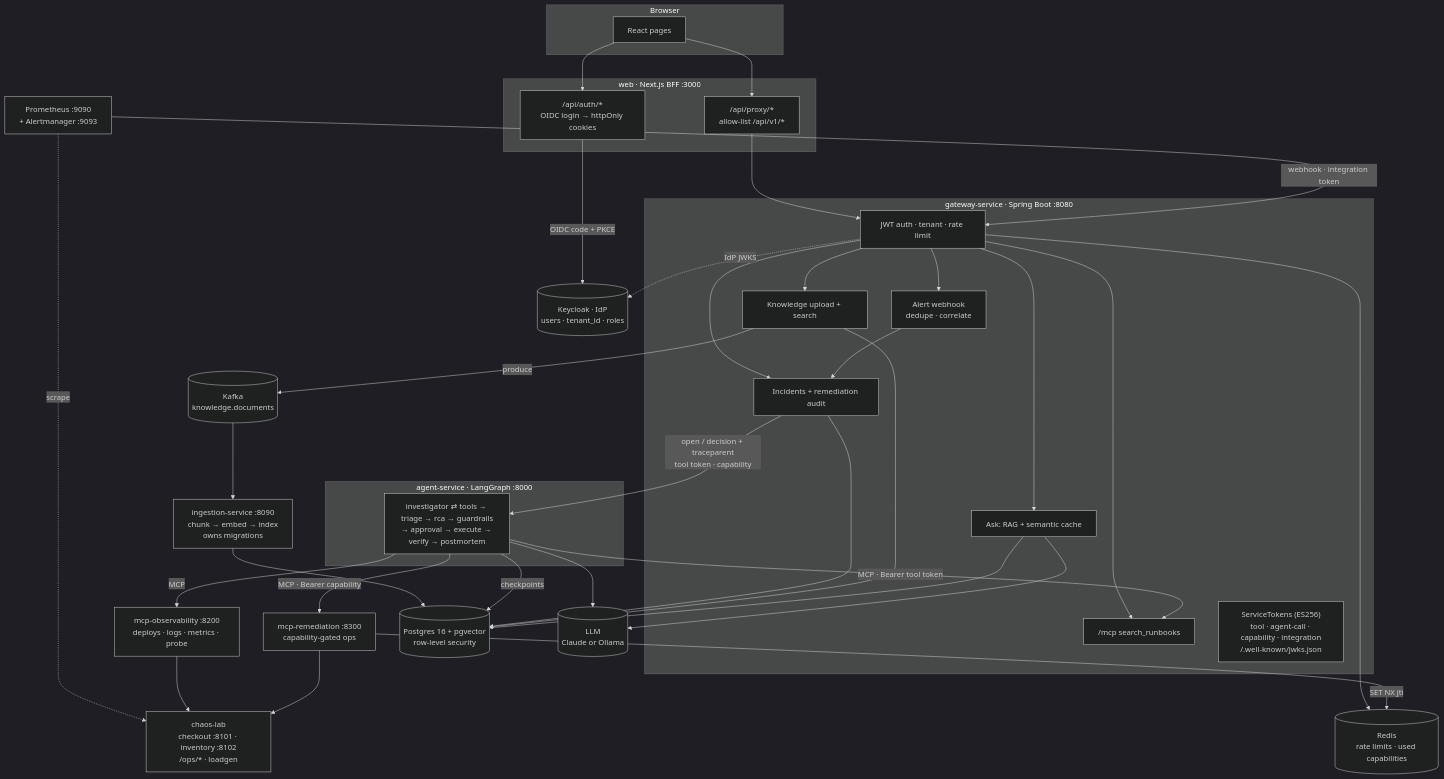
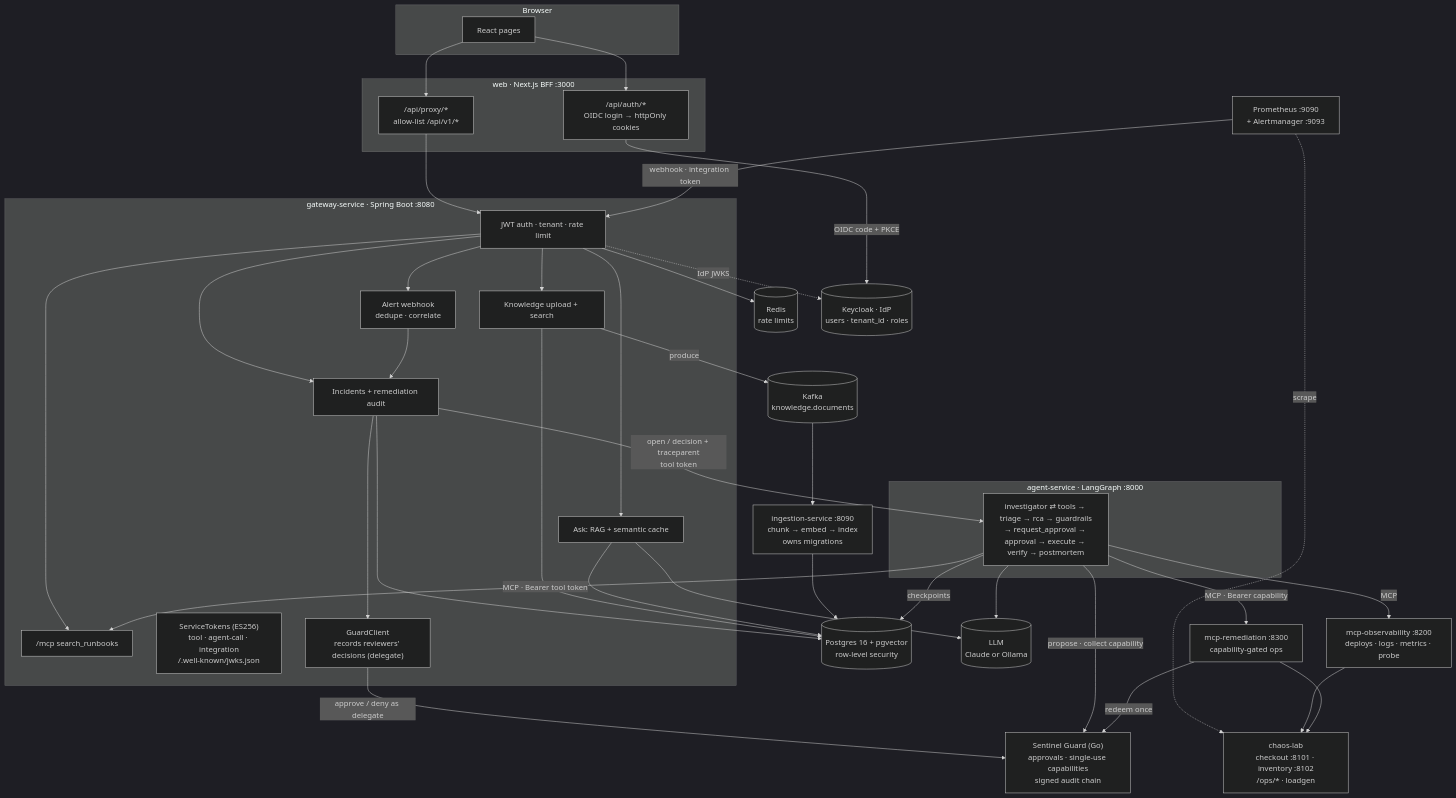
Before and after one commit to abdulmdev/sentinel-incident-copilot: the diagram in docs/handbook/diagrams/02-containers.mmd, drawn with Mermaid (dark theme). The commit also changed 173 other files, not shown here.

First line of the commit message:
The copilot on Sentinel Guard: one approval and capability path

```diff
--- a/docs/handbook/diagrams/02-containers.mmd
+++ b/docs/handbook/diagrams/02-containers.mmd
@@ -1,51 +1,55 @@
 flowchart TB
   subgraph browser[Browser]
     UI[React pages]
   end
   subgraph web["web · Next.js BFF :3000"]
     SESS["/api/auth/*<br/>OIDC login → httpOnly cookies"]
     PROXY["/api/proxy/*<br/>allow-list /api/v1/*"]
   end
   subgraph gw["gateway-service · Spring Boot :8080"]
     SEC[JWT auth · tenant · rate limit]
     INC[Incidents + remediation audit]
     ALR["Alert webhook<br/>dedupe · correlate"]
     KN[Knowledge upload + search]
     ASK[Ask: RAG + semantic cache]
     MCPK["/mcp search_runbooks"]
-    TT["ServiceTokens (ES256)<br/>tool · agent-call · capability · integration<br/>/.well-known/jwks.json"]
+    TT["ServiceTokens (ES256)<br/>tool · agent-call · integration<br/>/.well-known/jwks.json"]
+    GC["GuardClient<br/>records reviewers' decisions (delegate)"]
   end
   subgraph ag["agent-service · LangGraph :8000"]
-    G[investigator ⇄ tools → triage → rca → guardrails<br/>→ approval → execute → verify → postmortem]
+    G[investigator ⇄ tools → triage → rca → guardrails<br/>→ request_approval → approval → execute → verify → postmortem]
   end
   MO["mcp-observability :8200<br/>deploys · logs · metrics · probe"]
   MR["mcp-remediation :8300<br/>capability-gated ops"]
+  SG["Sentinel Guard (Go)<br/>approvals · single-use capabilities<br/>signed audit chain"]
   CH["chaos-lab<br/>checkout :8101 · inventory :8102<br/>/ops/* · loadgen"]
   PA["Prometheus :9090<br/>+ Alertmanager :9093"]
   ING["ingestion-service :8090<br/>chunk → embed → index<br/>owns migrations"]
   PG[("Postgres 16 + pgvector<br/>row-level security")]
   K[("Kafka<br/>knowledge.documents")]
-  R[("Redis<br/>rate limits · used capabilities")]
+  R[("Redis<br/>rate limits")]
   L[("LLM<br/>Claude or Ollama")]
   KC[("Keycloak · IdP<br/>users · tenant_id · roles")]
   UI --> SESS & PROXY
   SESS -->|OIDC code + PKCE| KC
   SEC -. IdP JWKS .-> KC
   PROXY --> SEC
   SEC --> INC & ALR & KN & ASK & MCPK
   PA -->|"webhook · integration token"| SEC
   PA -. scrape .-> CH
   ALR --> INC
-  INC -->|"open / decision + traceparent<br/>tool token · capability"| G
+  INC -->|"open / decision + traceparent<br/>tool token"| G
+  INC --> GC -->|"approve / deny as delegate"| SG
+  G -->|"propose · collect capability"| SG
   INC --> PG
   KN -->|produce| K --> ING --> PG
   KN --> PG
   ASK --> PG
   ASK --> L
   SEC --> R
   G -->|"MCP · Bearer tool token"| MCPK
   G -->|MCP| MO --> CH
   G -->|"MCP · Bearer capability"| MR --> CH
-  MR -->|"SET NX jti"| R
+  MR -->|"redeem once"| SG
   G --> L
   G -->|checkpoints| PG
```
